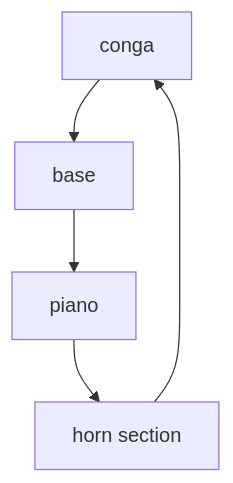
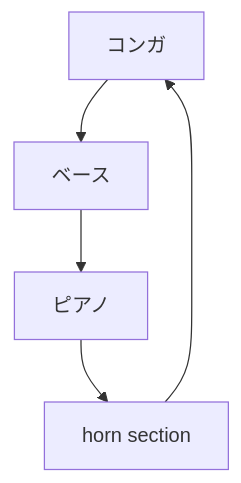
One commit to monumental-movement/monumental-movement.github.io changed the sixth of 7 diagrams in en/_posts/2026-06-25-column-mongo-santamaria.md. Above: the diagram before and after it, drawn with Mermaid. The commit also changed other lines of this file and 2196 other files, not shown here.

```diff
--- a/en/_posts/2026-06-25-column-mongo-santamaria.md
+++ b/en/_posts/2026-06-25-column-mongo-santamaria.md
@@ -821,13 +820,13 @@
 <div class="mermaid">
 graph TD
-A[conga]
-B[base]
-C[piano]
+A[コンガ]
+B[ベース]
+C[ピアノ]
 D[horn section]
 
 A --> B
 B --> C
 C --> D
 D --> A
 
 </div>
```
